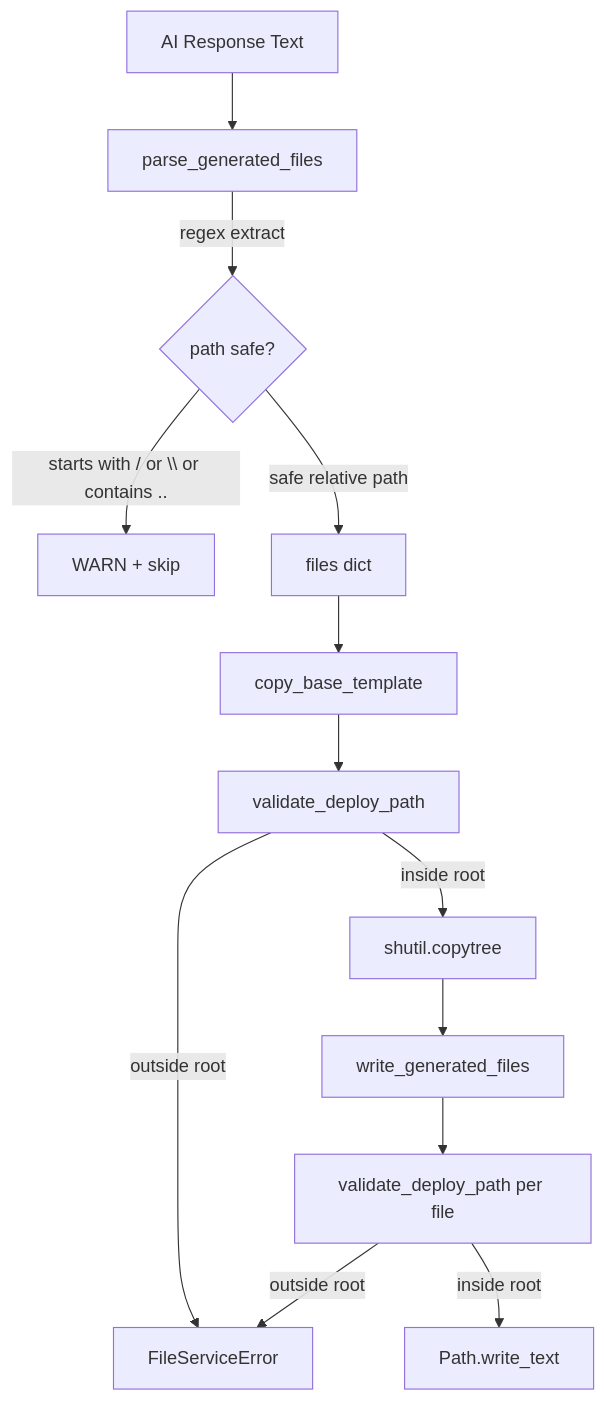
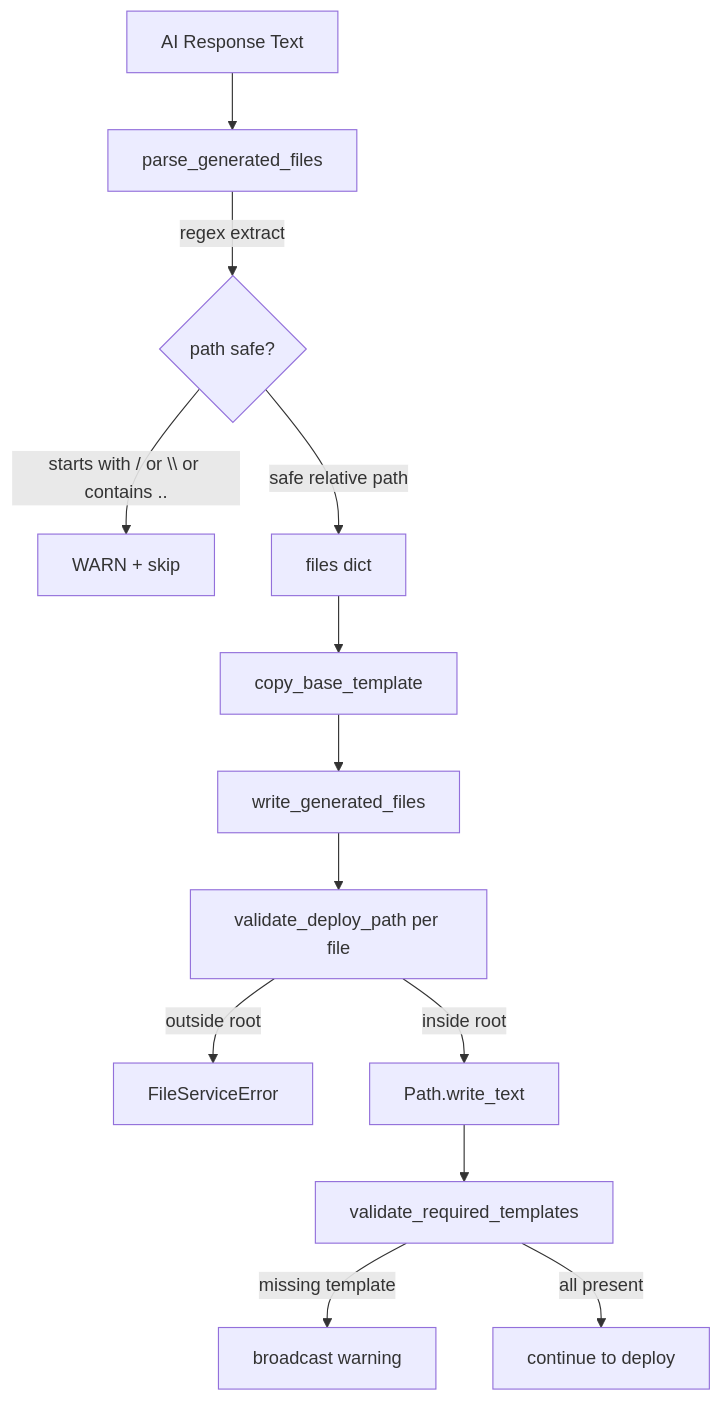
The sixth of 12 diagrams in app/docs/01-ARCHITECTURE.md (DXCSithlordPadawan/planforaplan), drawn with Mermaid before and after one commit. The commit also changed other lines of this file and 10 other files, not shown here.

````diff
--- a/app/docs/01-ARCHITECTURE.md
+++ b/app/docs/01-ARCHITECTURE.md
@@ -428,15 +455,15 @@
 ```mermaid
 flowchart TD
     A[AI Response Text] --> B[parse_generated_files]
     B -->|regex extract| C{path safe?}
     C -->|starts with / or \\ or contains ..| D[WARN + skip]
     C -->|safe relative path| E[files dict]
     E --> F[copy_base_template]
-    F --> G[validate_deploy_path]
-    G -->|outside root| H[FileServiceError]
-    G -->|inside root| I[shutil.copytree]
-    I --> J[write_generated_files]
-    J --> K[validate_deploy_path per file]
-    K -->|outside root| H
-    K -->|inside root| L[Path.write_text]
+    F --> G[write_generated_files]
+    G --> H[validate_deploy_path per file]
+    H -->|outside root| I[FileServiceError]
+    H -->|inside root| J[Path.write_text]
+    J --> K[validate_required_templates]
+    K -->|missing template| L[broadcast warning]
+    K -->|all present| M[continue to deploy]
 ```
````
